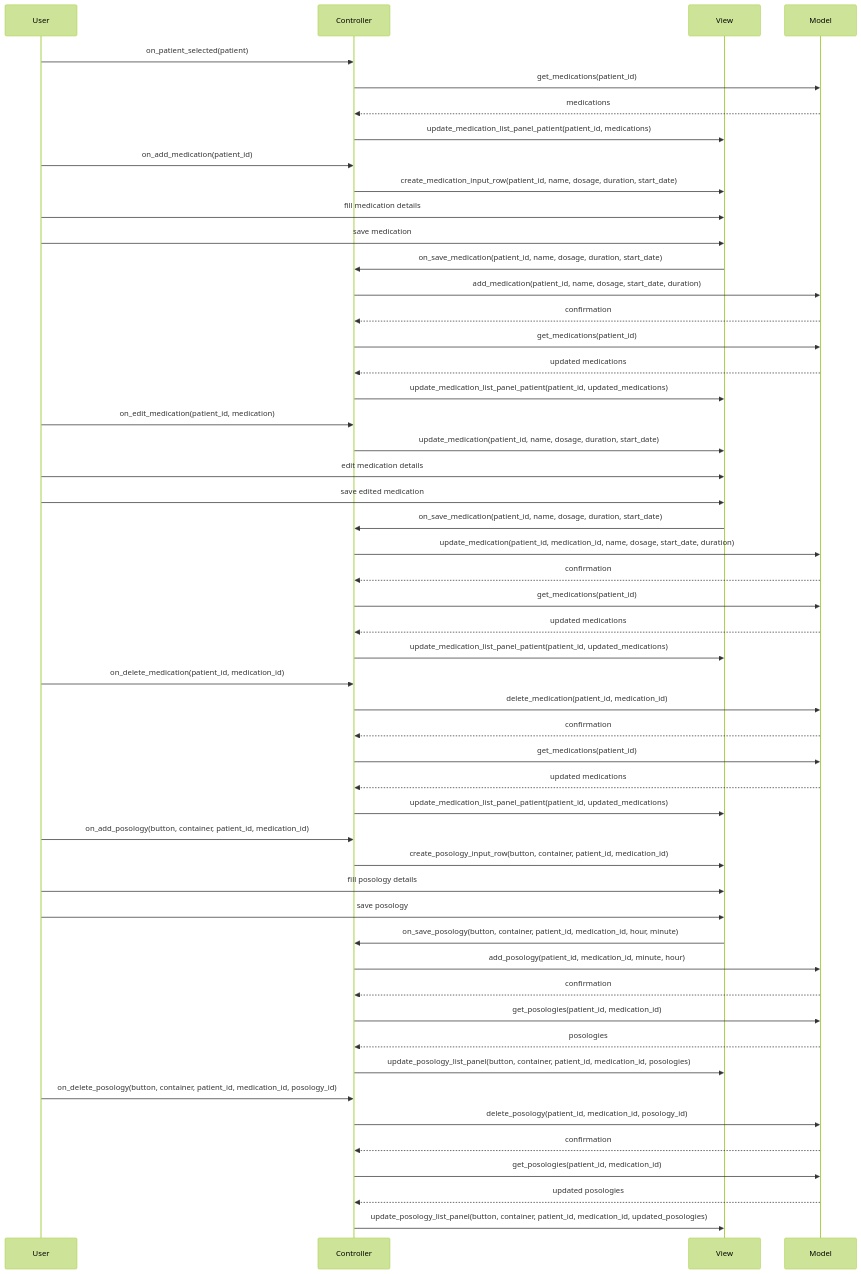
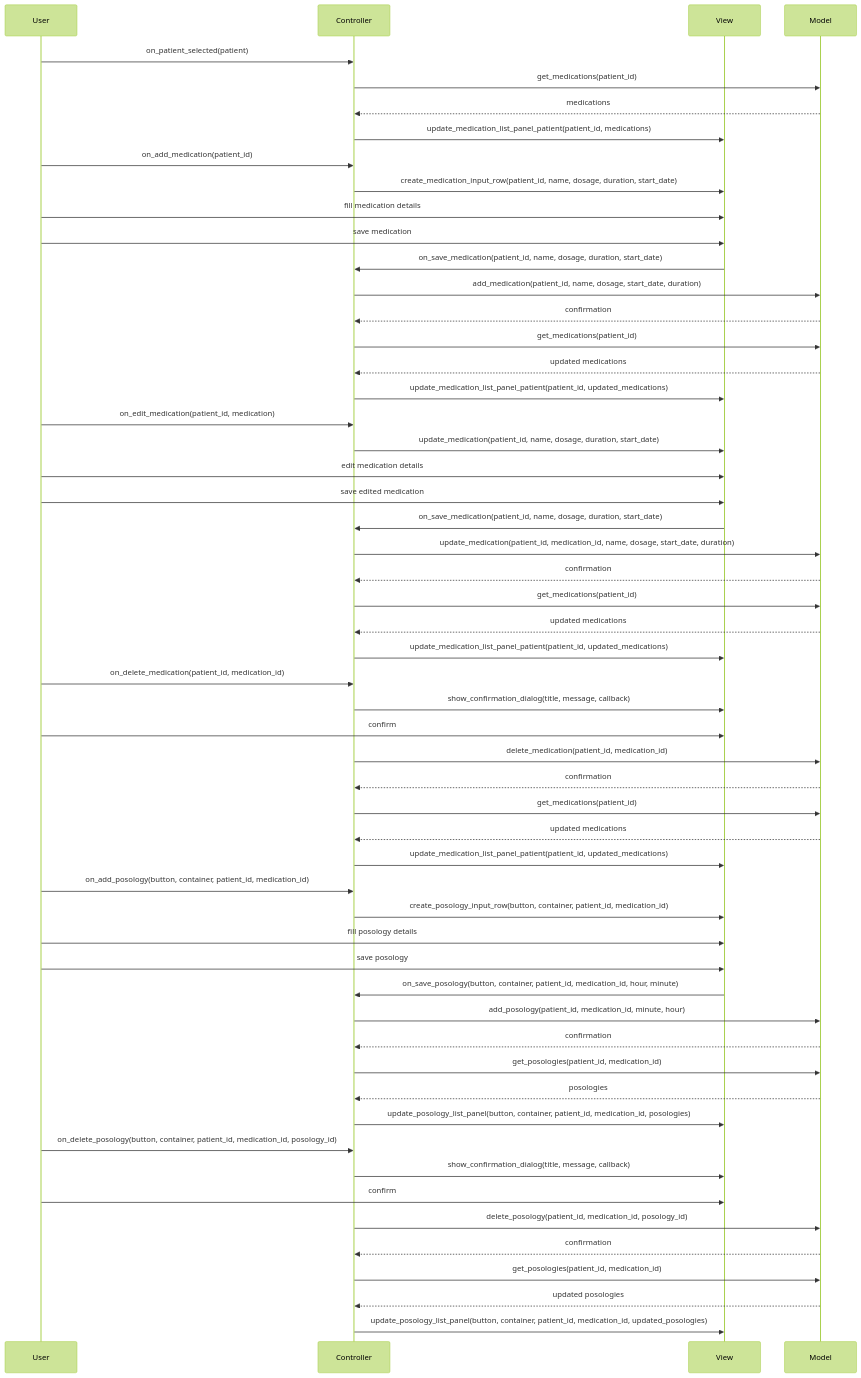
Before and after one commit to daniqss/terceiro: the second of 2 diagrams in diseño_sw.md, drawn with Mermaid (forest theme). The commit also changed other lines of this file, not shown here.

Commit message:
Update diseño_sw.md
Add: confirmation when deleting an item

````diff
--- a/diseño_sw.md
+++ b/diseño_sw.md
@@ -89,59 +90,63 @@
 ```mermaid
 sequenceDiagram
     participant User
     participant Controller
     participant View
     participant Model
 
     User ->> Controller: on_patient_selected(patient)
     Controller ->> Model: get_medications(patient_id)
     Model -->> Controller: medications
     Controller ->> View: update_medication_list_panel_patient(patient_id, medications)
 
     User ->> Controller: on_add_medication(patient_id)
     Controller ->> View: create_medication_input_row(patient_id, name, dosage, duration, start_date)
     User ->> View: fill medication details
     User ->> View: save medication
     View ->> Controller: on_save_medication(patient_id, name, dosage, duration, start_date)
     Controller ->> Model: add_medication(patient_id, name, dosage, start_date, duration)
     Model -->> Controller: confirmation
     Controller ->> Model: get_medications(patient_id)
     Model -->> Controller: updated medications
     Controller ->> View: update_medication_list_panel_patient(patient_id, updated_medications)
 
     User ->> Controller: on_edit_medication(patient_id, medication)
     Controller ->> View: update_medication(patient_id, name, dosage, duration, start_date)
     User ->> View: edit medication details
     User ->> View: save edited medication
     View ->> Controller: on_save_medication(patient_id, name, dosage, duration, start_date)
     Controller ->> Model: update_medication(patient_id, medication_id, name, dosage, start_date, duration)
     Model -->> Controller: confirmation
     Controller ->> Model: get_medications(patient_id)
     Model -->> Controller: updated medications
     Controller ->> View: update_medication_list_panel_patient(patient_id, updated_medications)
 
     User ->> Controller: on_delete_medication(patient_id, medication_id)
+    Controller ->> View: show_confirmation_dialog(title, message, callback)
+    User ->> View: confirm
     Controller ->> Model: delete_medication(patient_id, medication_id)
     Model -->> Controller: confirmation
     Controller ->> Model: get_medications(patient_id)
     Model -->> Controller: updated medications
     Controller ->> View: update_medication_list_panel_patient(patient_id, updated_medications)
 
     User ->> Controller: on_add_posology(button, container, patient_id, medication_id)
     Controller ->> View: create_posology_input_row(button, container, patient_id, medication_id)
     User ->> View: fill posology details
     User ->> View: save posology
     View ->> Controller: on_save_posology(button, container, patient_id, medication_id, hour, minute)
     Controller ->> Model: add_posology(patient_id, medication_id, minute, hour)
     Model -->> Controller: confirmation
     Controller ->> Model: get_posologies(patient_id, medication_id)
     Model -->> Controller: posologies
     Controller ->> View: update_posology_list_panel(button, container, patient_id, medication_id, posologies)
 
     User ->> Controller: on_delete_posology(button, container, patient_id, medication_id, posology_id)
+    Controller ->> View: show_confirmation_dialog(title, message, callback)
+    User ->> View: confirm
     Controller ->> Model: delete_posology(patient_id, medication_id, posology_id)
     Model -->> Controller: confirmation
     Controller ->> Model: get_posologies(patient_id, medication_id)
     Model -->> Controller: updated posologies
     Controller ->> View: update_posology_list_panel(button, container, patient_id, medication_id, updated_posologies)
 ```
````
